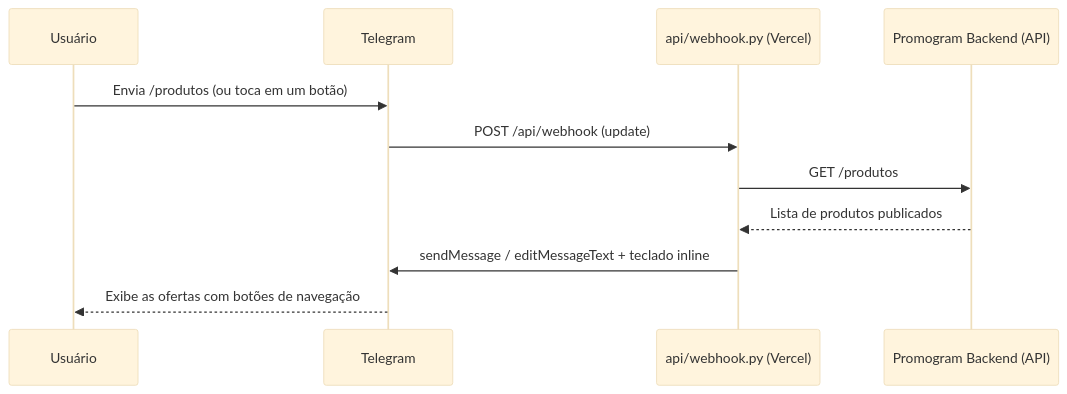
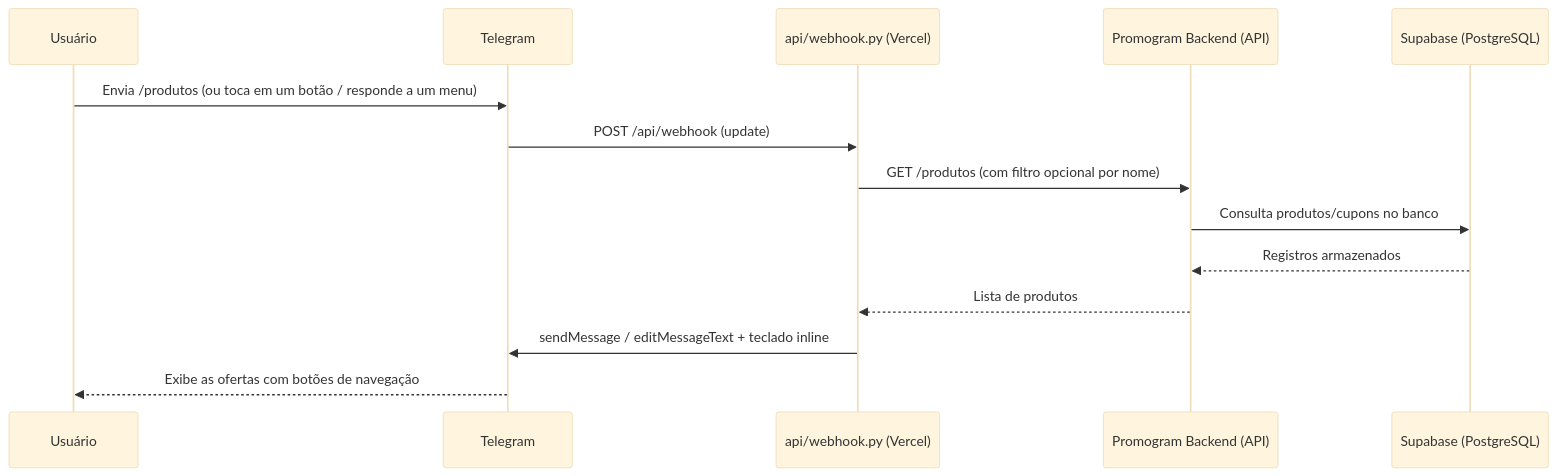
One commit to Victor-Gabriel-Barbosa/promogram-frontend changed the diagram in README.md. Above: the diagram before and after it, drawn with Mermaid (base theme). The commit also changed other lines of this file, not shown here.

````diff
--- a/README.md
+++ b/README.md
@@ -51,14 +50,17 @@
 ```mermaid
 sequenceDiagram
     participant U as Usuário
     participant T as Telegram
     participant W as api/webhook.py (Vercel)
     participant A as Promogram Backend (API)
+    participant S as Supabase (PostgreSQL)
 
-    U->>T: Envia /produtos (ou toca em um botão)
+    U->>T: Envia /produtos (ou toca em um botão / responde a um menu)
     T->>W: POST /api/webhook (update)
-    W->>A: GET /produtos
-    A-->>W: Lista de produtos publicados
+    W->>A: GET /produtos (com filtro opcional por nome)
+    A->>S: Consulta produtos/cupons no banco
+    S-->>A: Registros armazenados
+    A-->>W: Lista de produtos
     W->>T: sendMessage / editMessageText + teclado inline
     T-->>U: Exibe as ofertas com botões de navegação
 ```
````
